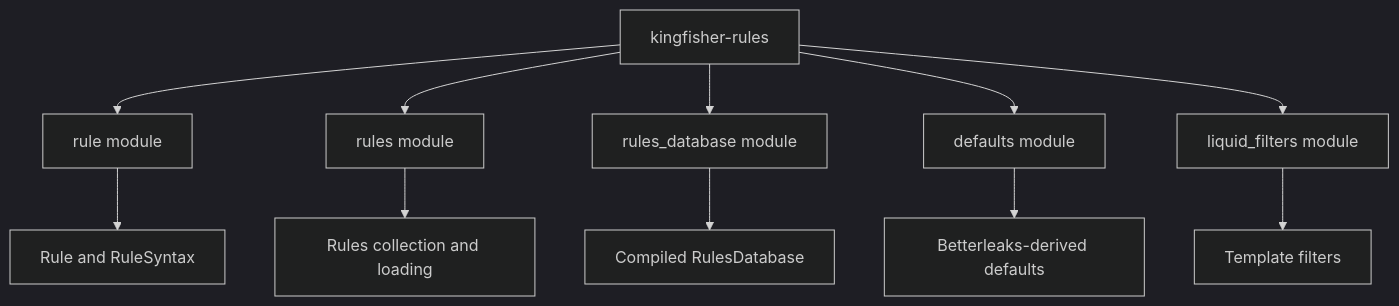
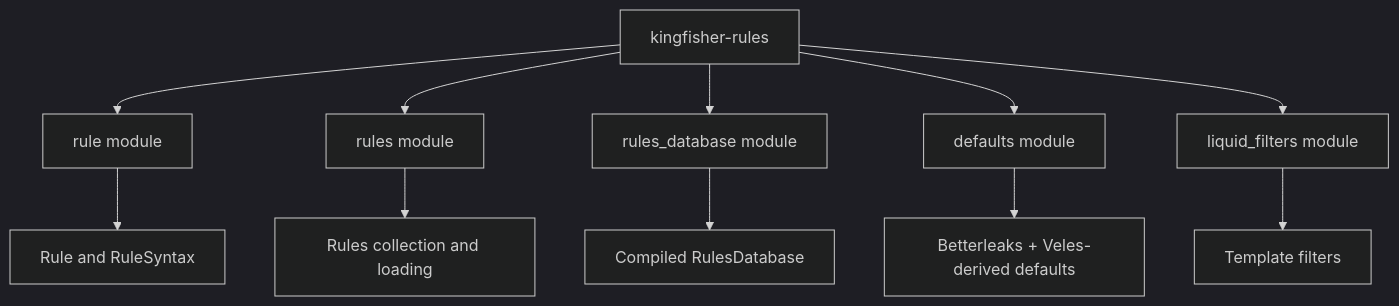
The third of 4 diagrams in docs-site/docs/reference/library.md (mongodb/kingfisher), drawn with Mermaid (dark theme) before and after one commit. The commit also changed other lines of this file and 30 other files, not shown here.

````diff
--- a/docs-site/docs/reference/library.md
+++ b/docs-site/docs/reference/library.md
@@ -242,21 +242,21 @@
 ```mermaid
 flowchart TD
     Rules[kingfisher-rules]
     RuleMod[rule module]
     RulesMod[rules module]
     Db[rules_database module]
     Defaults[defaults module]
     Liquid[liquid_filters module]
 
     Rules --> RuleMod
     Rules --> RulesMod
     Rules --> Db
     Rules --> Defaults
     Rules --> Liquid
 
     RuleMod --> Syntax[Rule and RuleSyntax]
     RulesMod --> Collections[Rules collection and loading]
     Db --> Compiled[Compiled RulesDatabase]
-    Defaults --> Builtins[Betterleaks-derived defaults]
+    Defaults --> Builtins[Betterleaks + Veles-derived defaults]
     Liquid --> Filters[Template filters]
 ```
````
